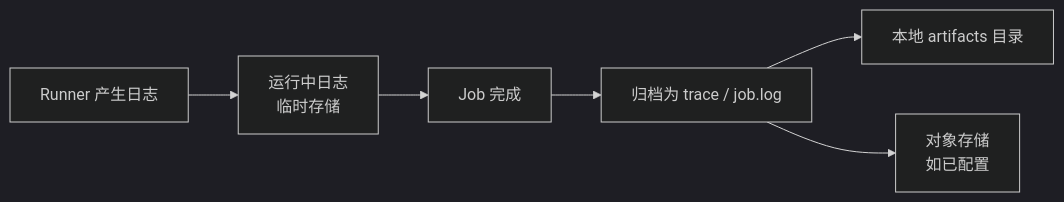
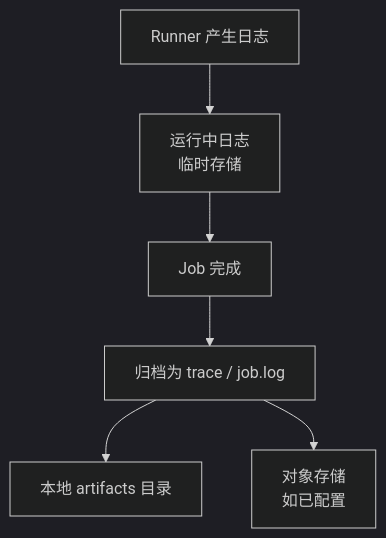
Before and after one commit to airsmon/marisme: the first of 2 diagrams in content/articles/operation/gitlab/series 01/index.zh-cn.md, drawn with Mermaid (dark theme). The commit also changed other lines of this file and 61 other files, not shown here.

````diff
--- a/content/articles/operation/gitlab/series 01/index.zh-cn.md
+++ b/content/articles/operation/gitlab/series 01/index.zh-cn.md
@@ -87,8 +77,8 @@
 ```mermaid
-flowchart LR
+flowchart TD
   A["Runner 产生日志"] --> B["运行中日志<br/>临时存储"]
   B --> C["Job 完成"]
   C --> D["归档为 trace / job.log"]
   D --> E["本地 artifacts 目录"]
   D --> F["对象存储<br/>如已配置"]
 ```
````
